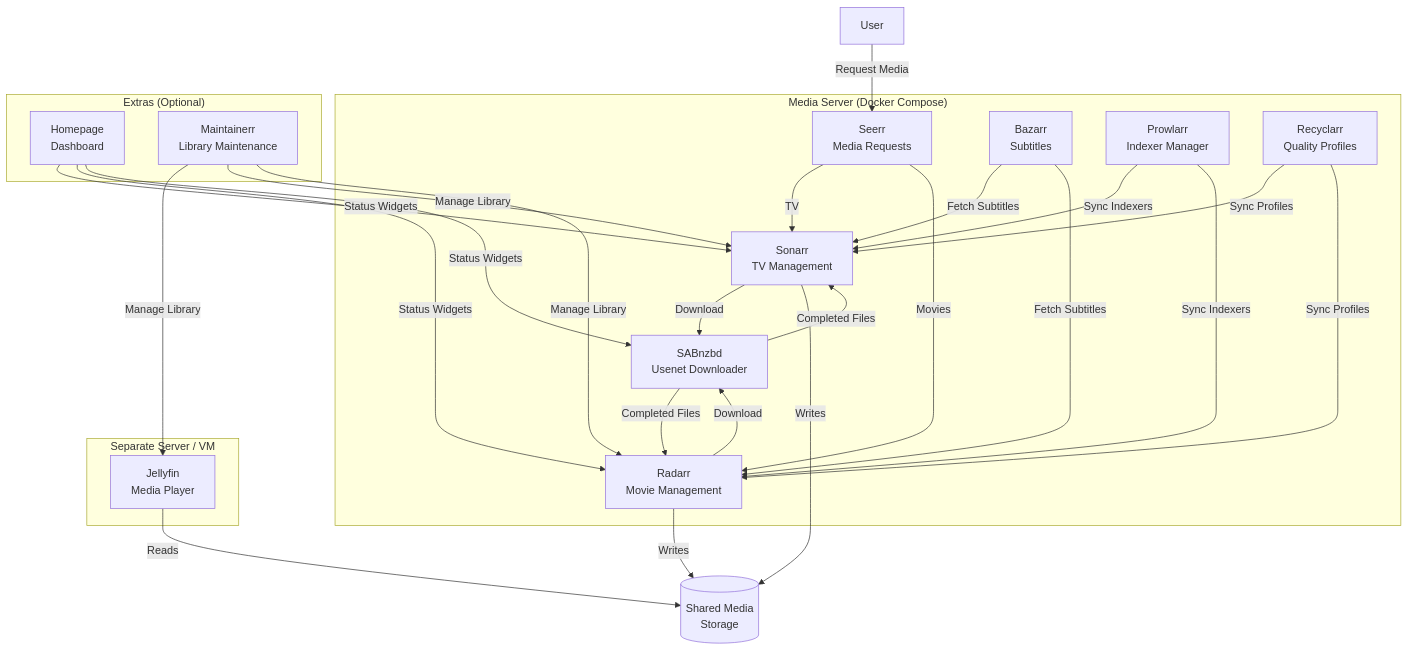
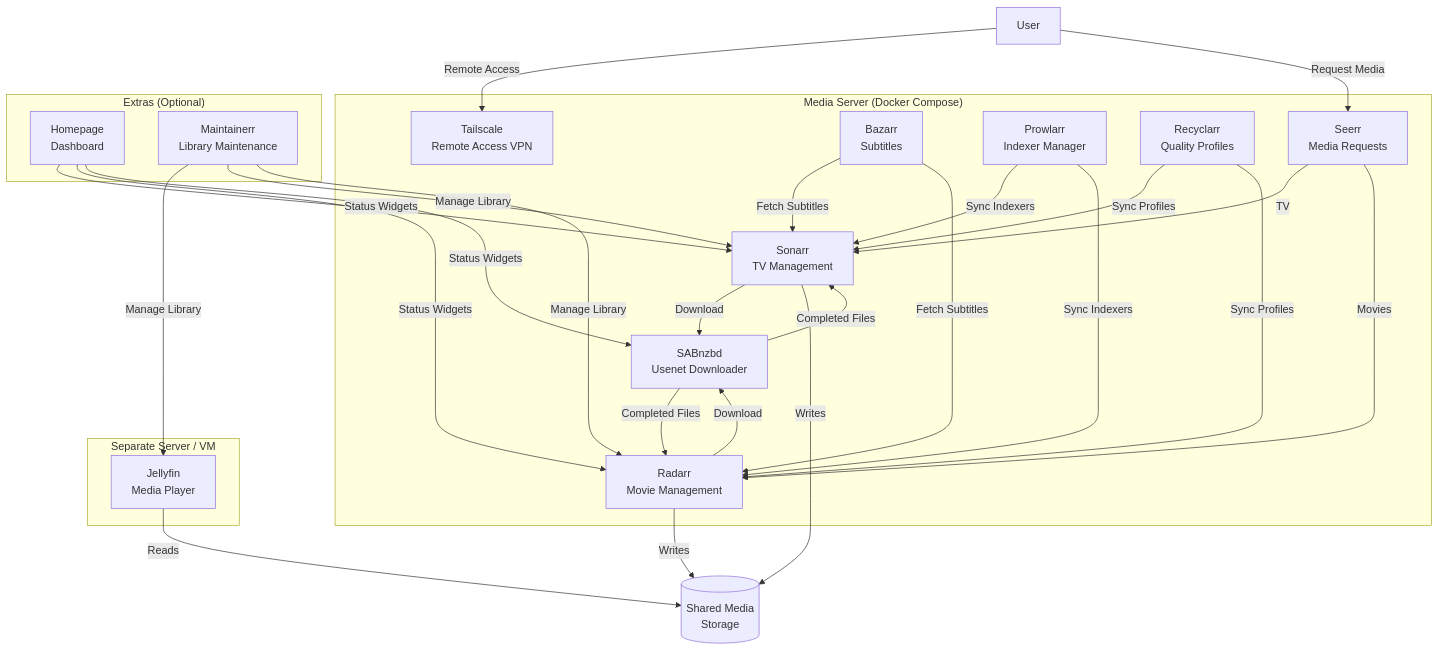
The diagram in README.md (bcanfield/docker-media-server), drawn with Mermaid before and after one commit. The commit also changed other lines of this file and 2 other files, not shown here.

First line of the commit message:
Add Tailscale container for secure remote access

````diff
--- a/README.md
+++ b/README.md
@@ -13,44 +13,46 @@
 ```mermaid
 graph TD
     subgraph Media Server ["Media Server (Docker Compose)"]
         Seerr["Seerr<br>Media Requests"]
         Sonarr["Sonarr<br>TV Management"]
         Radarr["Radarr<br>Movie Management"]
         SABnzbd["SABnzbd<br>Usenet Downloader"]
         Bazarr["Bazarr<br>Subtitles"]
         Prowlarr["Prowlarr<br>Indexer Manager"]
         Recyclarr["Recyclarr<br>Quality Profiles"]
+        Tailscale["Tailscale<br>Remote Access VPN"]
     end
 
     subgraph Extras ["Extras (Optional)"]
         Homepage["Homepage<br>Dashboard"]
         Maintainerr["Maintainerr<br>Library Maintenance"]
     end
 
     subgraph Playback ["Separate Server / VM"]
         Jellyfin["Jellyfin<br>Media Player"]
     end
 
+    User -->|Remote Access| Tailscale
     User -->|Request Media| Seerr
     Seerr -->|TV| Sonarr
     Seerr -->|Movies| Radarr
     Sonarr -->|Download| SABnzbd
     Radarr -->|Download| SABnzbd
     SABnzbd -->|Completed Files| Sonarr
     SABnzbd -->|Completed Files| Radarr
     Bazarr -->|Fetch Subtitles| Sonarr
     Bazarr -->|Fetch Subtitles| Radarr
     Prowlarr -->|Sync Indexers| Sonarr
     Prowlarr -->|Sync Indexers| Radarr
     Recyclarr -->|Sync Profiles| Sonarr
     Recyclarr -->|Sync Profiles| Radarr
     Homepage -->|Status Widgets| Sonarr
     Homepage -->|Status Widgets| Radarr
     Homepage -->|Status Widgets| SABnzbd
     Maintainerr -->|Manage Library| Jellyfin
     Maintainerr -->|Manage Library| Sonarr
     Maintainerr -->|Manage Library| Radarr
     Jellyfin -->|Reads| MediaStorage[("Shared Media<br>Storage")]
     Sonarr -->|Writes| MediaStorage
     Radarr -->|Writes| MediaStorage
 ```
````
